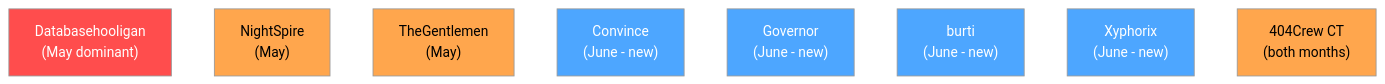
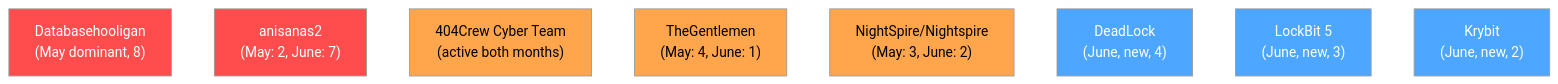
The fifth of 5 diagrams in comparison/2026/05-may-june/README.md (Hatchepsoute/AFRINTEL), drawn with Mermaid (neutral theme) before and after one commit. The commit also changed other lines of this file and 18 other files, not shown here.

````diff
--- a/comparison/2026/05-may-june/README.md
+++ b/comparison/2026/05-may-june/README.md
@@ -146,16 +173,16 @@
 ```mermaid
 flowchart TB
 
 classDef high fill:#ff4d4d,color:#ffffff
 classDef medium fill:#ffa64d,color:#000000
 classDef new fill:#4da6ff,color:#ffffff
 
-DBH["Databasehooligan\n(May dominant)"]:::high
-NIGHT["NightSpire\n(May)"]:::medium
-GENT["TheGentlemen\n(May)"]:::medium
-CONV["Convince\n(June - new)"]:::new
-GOV["Governor\n(June - new)"]:::new
-BURT["burti\n(June - new)"]:::new
-XYP["Xyphorix\n(June - new)"]:::new
-CREW["404Crew CT\n(both months)"]:::medium
+DBH["Databasehooligan\n(May dominant, 8)"]:::high
+ANI["anisanas2\n(May: 2, June: 7)"]:::high
+CREW["404Crew Cyber Team\n(active both months)"]:::medium
+GENT["TheGentlemen\n(May: 4, June: 1)"]:::medium
+NIGHT["NightSpire/Nightspire\n(May: 3, June: 2)"]:::medium
+DEAD["DeadLock\n(June, new, 4)"]:::new
+LOCK["LockBit 5\n(June, new, 3)"]:::new
+KRY["Krybit\n(June, new, 2)"]:::new
 ```
````
